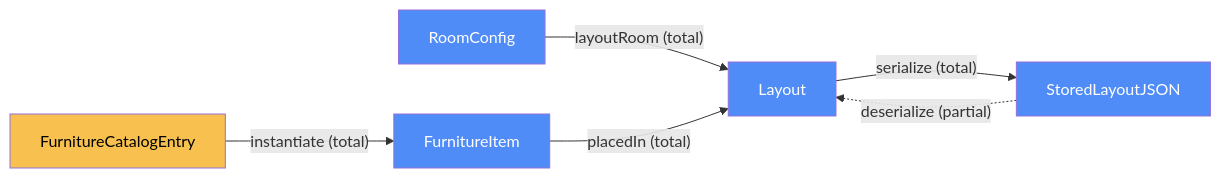
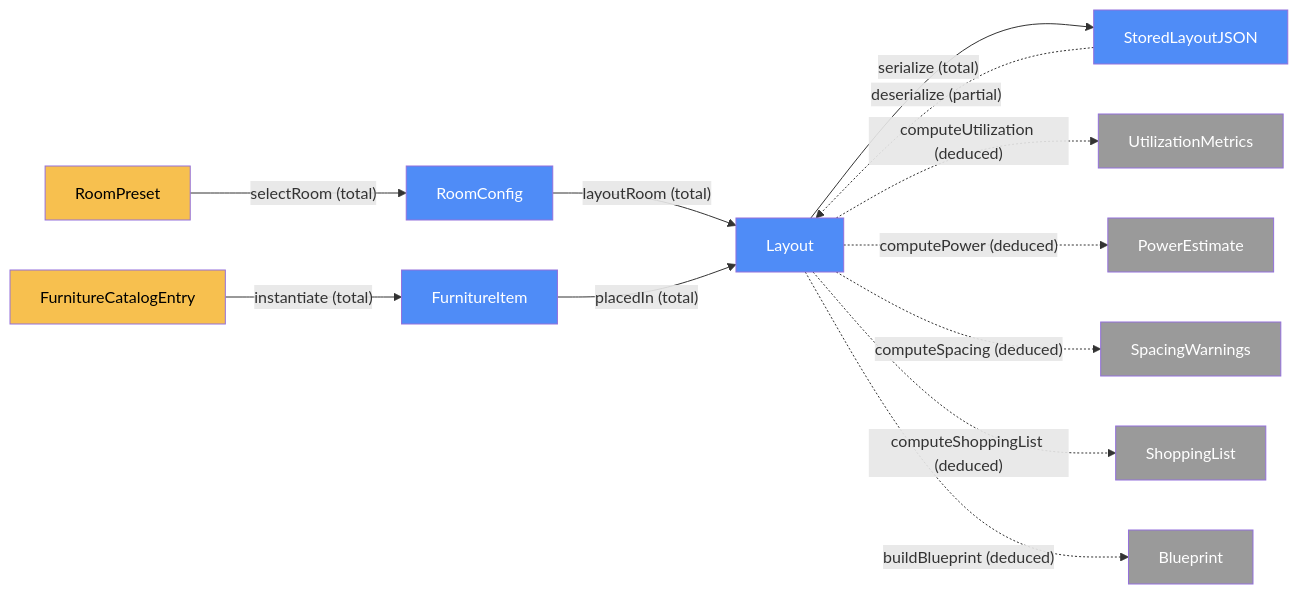
Before and after one commit to Bryan-LJX/spatialflow-poc: the first of 3 diagrams in docs/site/ARCHITECTURE.md, drawn with Mermaid. The commit also changed other lines of this file and 11 other files, not shown here.

First line of the commit message:
Rebuild SpatialFlow index.html: Tailwind/Lucide redesign with cost, power and blueprint export

````diff
--- a/docs/site/ARCHITECTURE.md
+++ b/docs/site/ARCHITECTURE.md
@@ -28,20 +30,38 @@
 ```mermaid
 graph LR
+    RP["RoomPreset"]
     RC["RoomConfig"]
     FI["FurnitureItem"]
     CAT["FurnitureCatalogEntry"]
     LO["Layout"]
     SJ["StoredLayoutJSON"]
+    UM["UtilizationMetrics"]
+    PE["PowerEstimate"]
+    SW["SpacingWarnings"]
+    SL["ShoppingList"]
+    BP["Blueprint"]
 
+    RP -->|"selectRoom (total)"| RC
     RC -->|"layoutRoom (total)"| LO
     FI -->|"placedIn (total)"| LO
     CAT -->|"instantiate (total)"| FI
     LO -->|"serialize (total)"| SJ
     SJ -.->|"deserialize (partial)"| LO
+    LO -.->|"computeUtilization (deduced)"| UM
+    LO -.->|"computePower (deduced)"| PE
+    LO -.->|"computeSpacing (deduced)"| SW
+    LO -.->|"computeShoppingList (deduced)"| SL
+    LO -.->|"buildBlueprint (deduced)"| BP
 
+    style RP fill:#f7c04f,color:#000
     style RC fill:#4f8cf7,color:#fff
     style FI fill:#4f8cf7,color:#fff
     style CAT fill:#f7c04f,color:#000
     style LO fill:#4f8cf7,color:#fff
     style SJ fill:#4f8cf7,color:#fff
+    style UM fill:#9a9a9a,color:#fff
+    style PE fill:#9a9a9a,color:#fff
+    style SW fill:#9a9a9a,color:#fff
+    style SL fill:#9a9a9a,color:#fff
+    style BP fill:#9a9a9a,color:#fff
 ```
````
